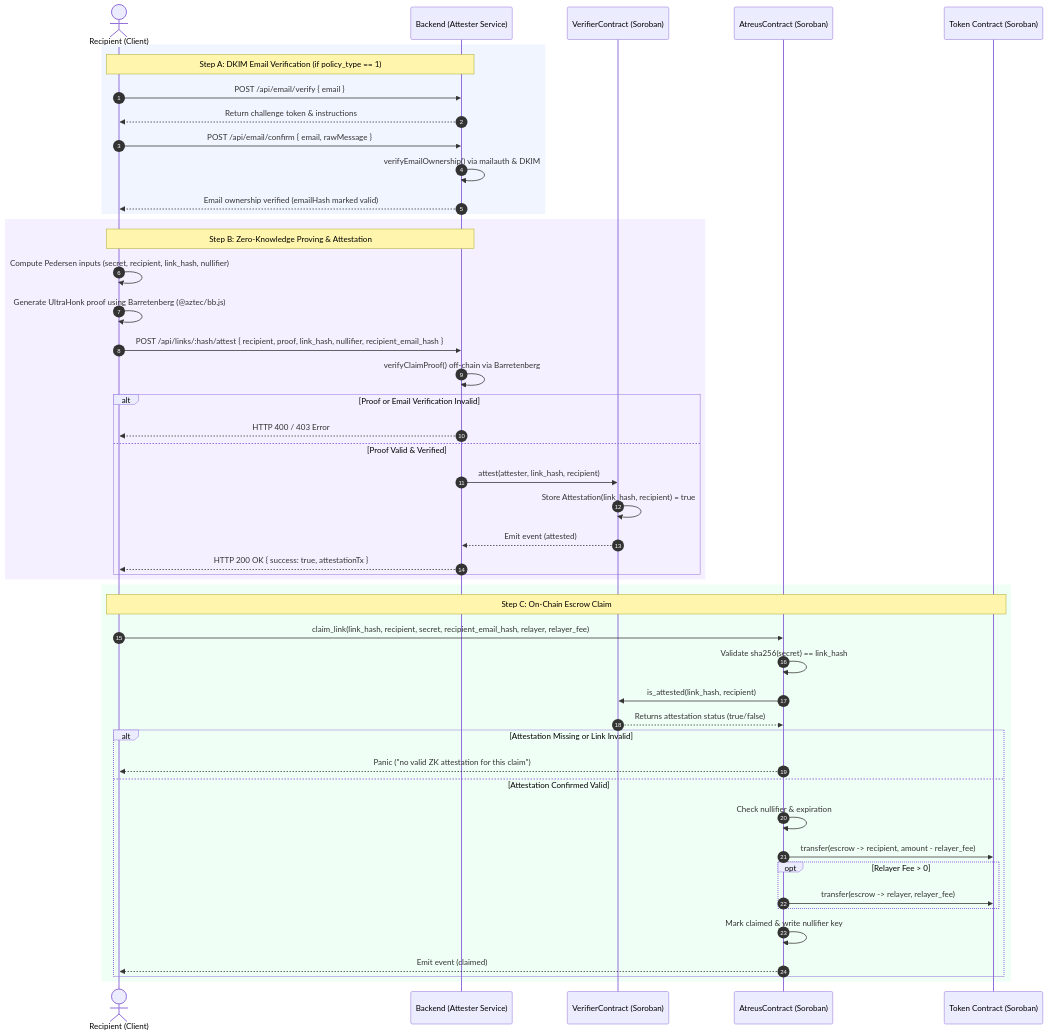
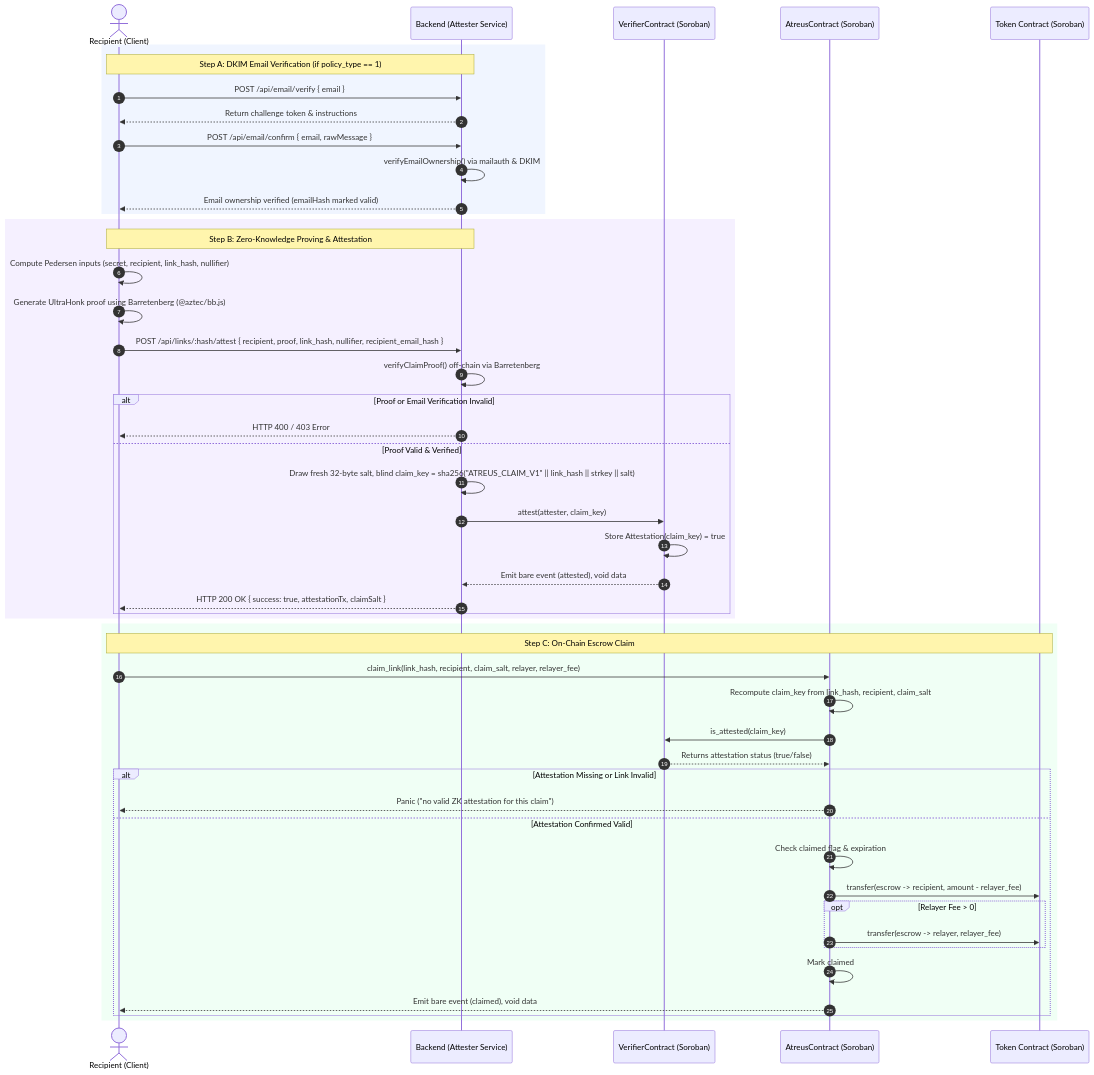
Before and after one commit to atreus-lab/atreus: the diagram in docs/architecture.md, drawn with Mermaid. The commit also changed other lines of this file, not shown here.

Commit message:
docs: unlinkable claiming threat model and updated claim flow (#118)

````diff
--- a/docs/architecture.md
+++ b/docs/architecture.md
@@ -432,53 +435,54 @@
 ```mermaid
 sequenceDiagram
     autonumber
     actor Recipient as Recipient (Client)
     participant Backend as Backend (Attester Service)
     participant Verifier as VerifierContract (Soroban)
     participant Atreus as AtreusContract (Soroban)
     participant Token as Token Contract (Soroban)
 
     rect rgb(240, 245, 255)
     note over Recipient, Backend: Step A: DKIM Email Verification (if policy_type == 1)
     Recipient->>Backend: POST /api/email/verify { email }
     Backend-->>Recipient: Return challenge token & instructions
     Recipient->>Backend: POST /api/email/confirm { email, rawMessage }
     Backend->>Backend: verifyEmailOwnership() via mailauth & DKIM
     Backend-->>Recipient: Email ownership verified (emailHash marked valid)
     end
 
     rect rgb(245, 240, 255)
     note over Recipient, Backend: Step B: Zero-Knowledge Proving & Attestation
     Recipient->>Recipient: Compute Pedersen inputs (secret, recipient, link_hash, nullifier)
     Recipient->>Recipient: Generate UltraHonk proof using Barretenberg (@aztec/bb.js)
     Recipient->>Backend: POST /api/links/:hash/attest { recipient, proof, link_hash, nullifier, recipient_email_hash }
     Backend->>Backend: verifyClaimProof() off-chain via Barretenberg
     alt Proof or Email Verification Invalid
         Backend-->>Recipient: HTTP 400 / 403 Error
     else Proof Valid & Verified
-        Backend->>Verifier: attest(attester, link_hash, recipient)
-        Verifier->>Verifier: Store Attestation(link_hash, recipient) = true
-        Verifier-->>Backend: Emit event (attested)
-        Backend-->>Recipient: HTTP 200 OK { success: true, attestationTx }
+        Backend->>Backend: Draw fresh 32-byte salt, blind claim_key = sha256("ATREUS_CLAIM_V1" || link_hash || strkey || salt)
+        Backend->>Verifier: attest(attester, claim_key)
+        Verifier->>Verifier: Store Attestation(claim_key) = true
+        Verifier-->>Backend: Emit bare event (attested), void data
+        Backend-->>Recipient: HTTP 200 OK { success: true, attestationTx, claimSalt }
     end
     end
 
     rect rgb(240, 255, 245)
     note over Recipient, Token: Step C: On-Chain Escrow Claim
-    Recipient->>Atreus: claim_link(link_hash, recipient, secret, recipient_email_hash, relayer, relayer_fee)
-    Atreus->>Atreus: Validate sha256(secret) == link_hash
-    Atreus->>Verifier: is_attested(link_hash, recipient)
+    Recipient->>Atreus: claim_link(link_hash, recipient, claim_salt, relayer, relayer_fee)
+    Atreus->>Atreus: Recompute claim_key from link_hash, recipient, claim_salt
+    Atreus->>Verifier: is_attested(claim_key)
     Verifier-->>Atreus: Returns attestation status (true/false)
     alt Attestation Missing or Link Invalid
         Atreus-->>Recipient: Panic ("no valid ZK attestation for this claim")
     else Attestation Confirmed Valid
-        Atreus->>Atreus: Check nullifier & expiration
+        Atreus->>Atreus: Check claimed flag & expiration
         Atreus->>Token: transfer(escrow -> recipient, amount - relayer_fee)
         opt Relayer Fee > 0
             Atreus->>Token: transfer(escrow -> relayer, relayer_fee)
         end
-        Atreus->>Atreus: Mark claimed & write nullifier key
-        Atreus-->>Recipient: Emit event (claimed)
+        Atreus->>Atreus: Mark claimed
+        Atreus-->>Recipient: Emit bare event (claimed), void data
     end
     end
 ```
````
